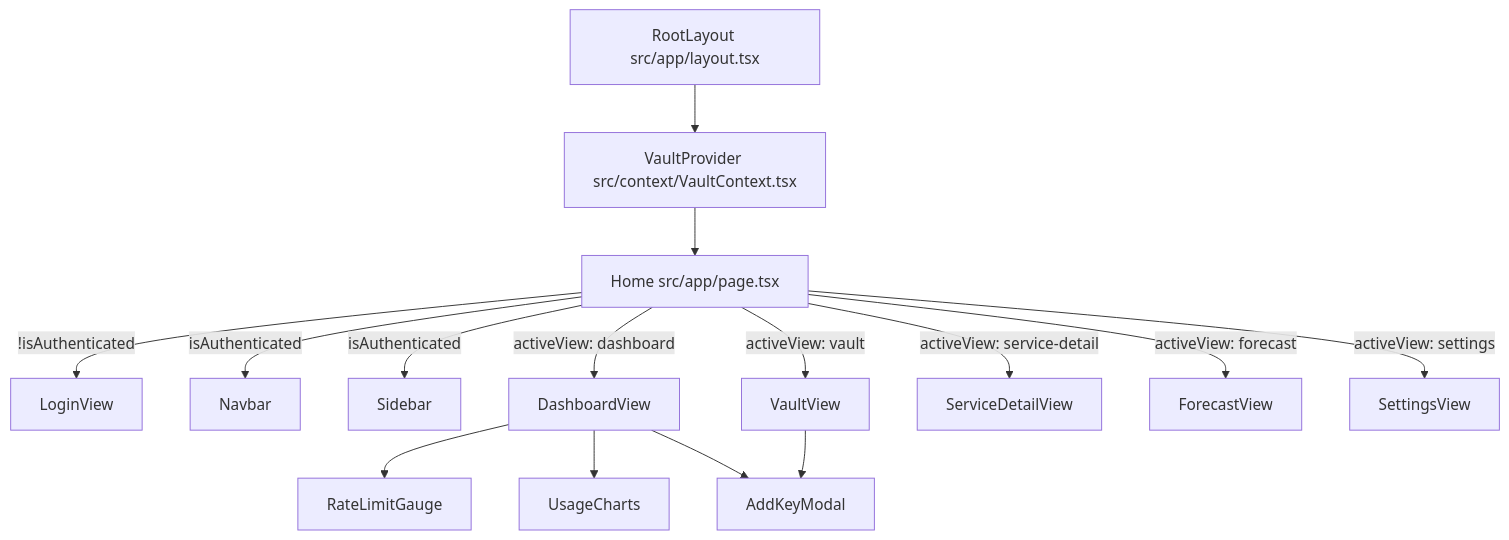
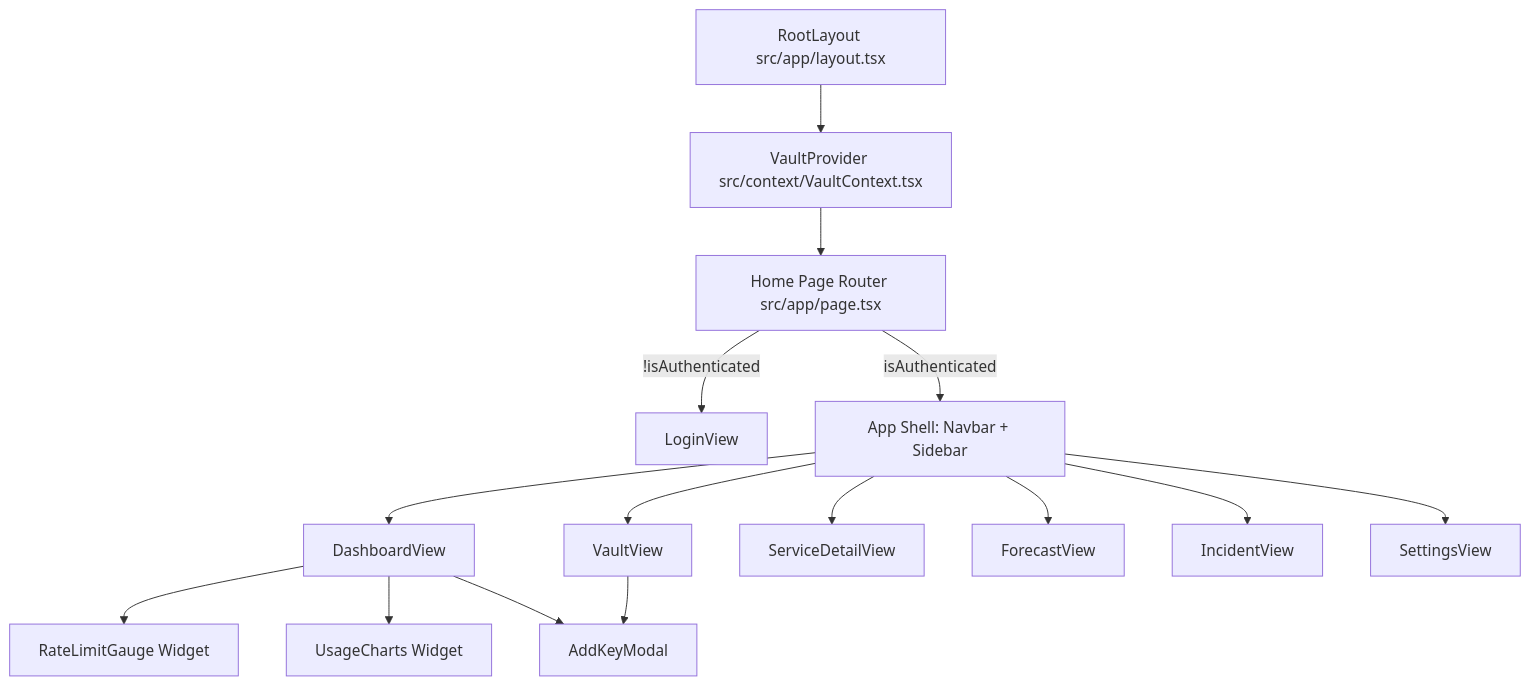
The first of 5 diagrams in ARCHITECTURE.md (VenkataTejeshReddy/KEY_VAULT), drawn with Mermaid before and after one commit. The commit also changed other lines of this file and 20 other files, not shown here.

````diff
--- a/ARCHITECTURE.md
+++ b/ARCHITECTURE.md
@@ -50,19 +70,20 @@
 ```mermaid
 graph TD
     RootLayout[RootLayout src/app/layout.tsx] --> VaultProvider[VaultProvider src/context/VaultContext.tsx]
-    VaultProvider --> Home[Home src/app/page.tsx]
+    VaultProvider --> PageRouter[Home Page Router src/app/page.tsx]
     
-    Home -->|!isAuthenticated| LoginView[LoginView]
-    Home -->|isAuthenticated| Navbar[Navbar]
-    Home -->|isAuthenticated| Sidebar[Sidebar]
-    Home -->|activeView: dashboard| DashboardView[DashboardView]
-    Home -->|activeView: vault| VaultView[VaultView]
-    Home -->|activeView: service-detail| ServiceDetailView[ServiceDetailView]
-    Home -->|activeView: forecast| ForecastView[ForecastView]
-    Home -->|activeView: settings| SettingsView[SettingsView]
+    PageRouter -->|!isAuthenticated| LoginView[LoginView]
+    PageRouter -->|isAuthenticated| Shell[App Shell: Navbar + Sidebar]
+    
+    Shell --> DashboardView[DashboardView]
+    Shell --> VaultView[VaultView]
+    Shell --> ServiceDetailView[ServiceDetailView]
+    Shell --> ForecastView[ForecastView]
+    Shell --> IncidentView[IncidentView]
+    Shell --> SettingsView[SettingsView]
 
-    DashboardView --> RateLimitGauge[RateLimitGauge]
-    DashboardView --> UsageCharts[UsageCharts]
+    DashboardView --> RateLimitGauge[RateLimitGauge Widget]
+    DashboardView --> UsageCharts[UsageCharts Widget]
     DashboardView --> AddKeyModal[AddKeyModal]
     VaultView --> AddKeyModal
 ```
````
